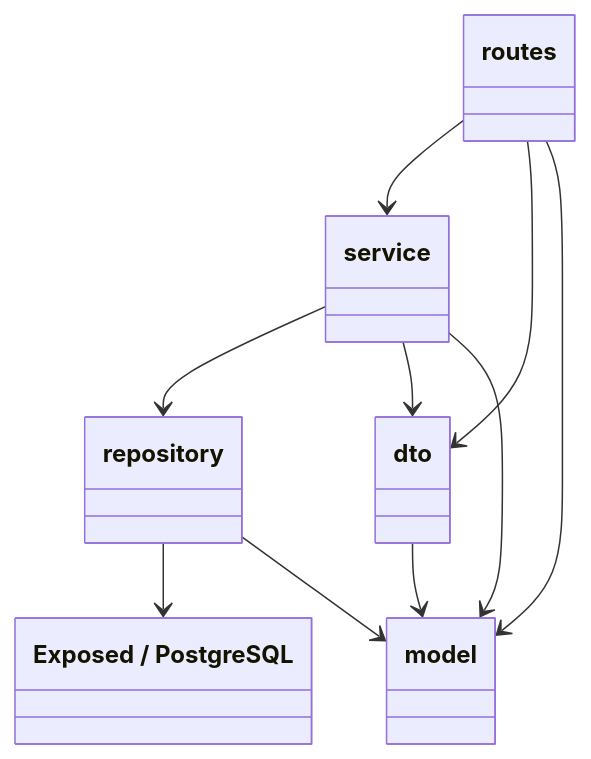
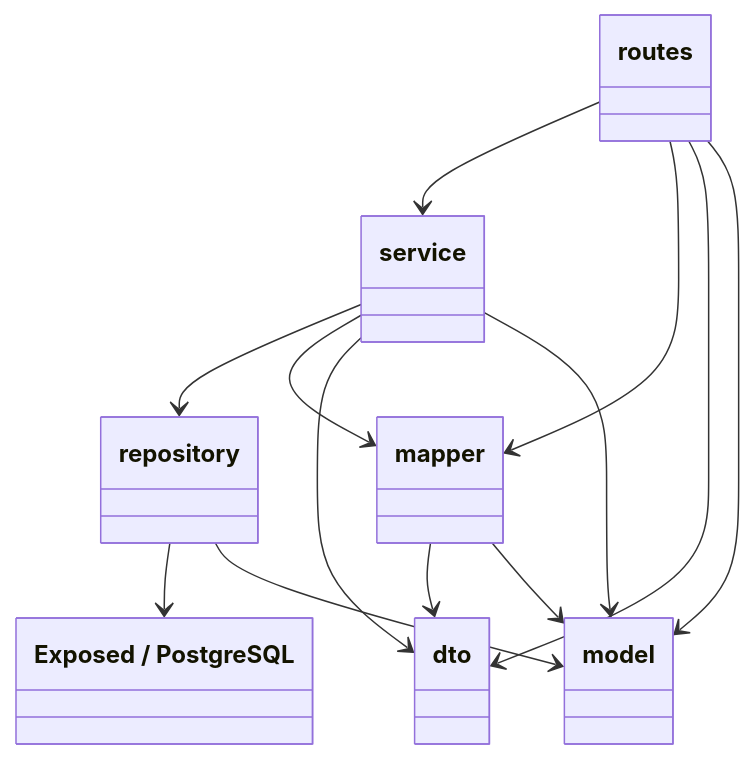
One commit to cybergrouch/skopeo changed the first of 4 diagrams in docs/engineering/architecture/BACKEND_ARCHITECTURE.md. Above: the diagram before and after it, drawn with Mermaid. The commit also changed other lines of this file and 85 other files, not shown here.

First line of the commit message:
refactor: extract dto↔model mappers into a mapper/ package

````diff
--- a/docs/engineering/architecture/BACKEND_ARCHITECTURE.md
+++ b/docs/engineering/architecture/BACKEND_ARCHITECTURE.md
@@ -107,18 +109,22 @@
 ```mermaid
 classDiagram
     class routes
     class service
+    class mapper
     class repository
     class dto
     class model
     class DB["Exposed / PostgreSQL"]
     routes --> service
+    routes --> mapper
     routes --> dto
     service --> repository
+    service --> mapper
     service --> dto
+    mapper --> dto
+    mapper --> model
     repository --> DB
     routes --> model
     service --> model
     repository --> model
-    dto --> model
 ```
````
